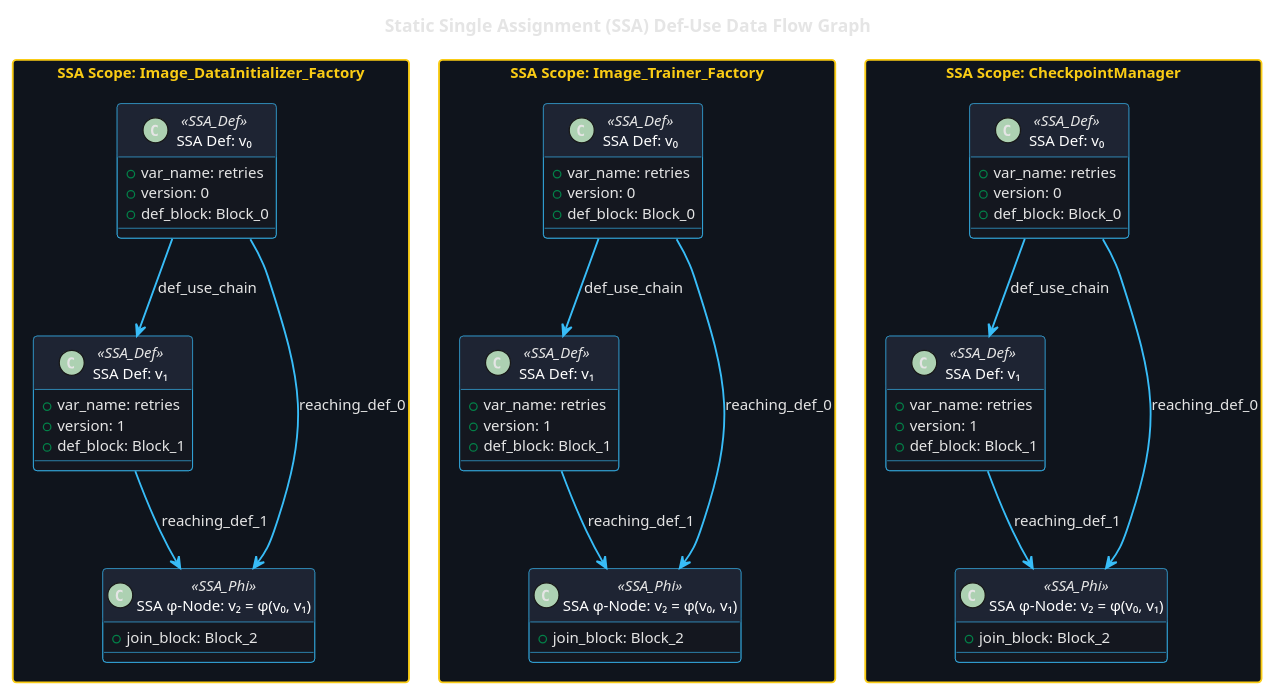
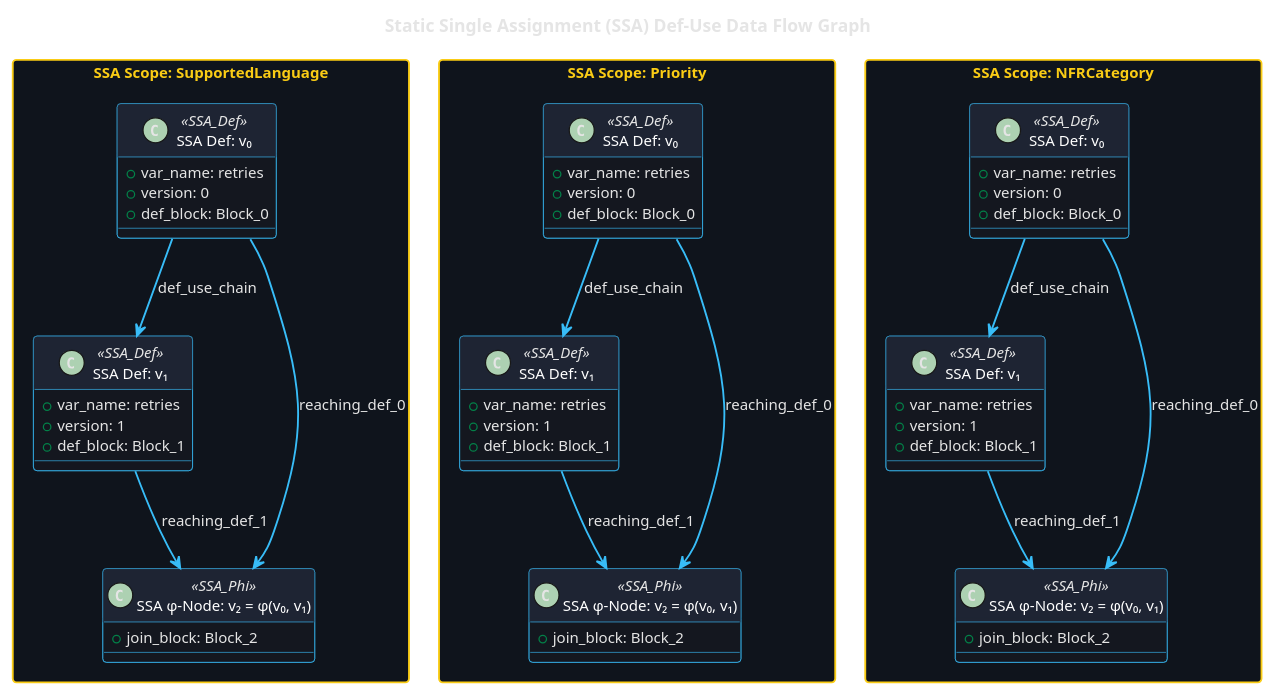
The diagram in web/diagrams/dfg.puml (AhmadHassan-BTed/OpenHeart), drawn with PlantUML before and after one commit. The commit also changed 58 other files, not shown here.

```diff
--- a/web/diagrams/dfg.puml
+++ b/web/diagrams/dfg.puml
@@ -1,108 +1,108 @@
 @startuml
 skinparam backgroundColor transparent
 skinparam monochrome false
 skinparam shadowing false
 skinparam roundcorner 6
 skinparam defaultFontName "Space Grotesk", "Segoe UI", sans-serif
 skinparam defaultFontColor #e5e5e5
 skinparam defaultFontSize 12
 skinparam ArrowColor #38bdf8
 skinparam ArrowThickness 1.5
 skinparam packageStyle rectangle
 skinparam PackageBorderColor #facc15
 skinparam PackageBackgroundColor #0f141c
 skinparam PackageFontColor #facc15
 skinparam ClassBorderColor #38bdf8
 skinparam ClassBackgroundColor #14171f
 skinparam ClassHeaderBackgroundColor #1e2433
 skinparam ClassFontColor #ffffff
 skinparam ObjectBorderColor #38bdf8
 skinparam ObjectBackgroundColor #14171f
 skinparam ObjectFontColor #ffffff
 skinparam ComponentBorderColor #38bdf8
 skinparam ComponentBackgroundColor #14171f
 skinparam ComponentFontColor #ffffff
 skinparam NodeBorderColor #38bdf8
 skinparam NodeBackgroundColor #14171f
 skinparam NodeFontColor #ffffff
 skinparam StateBorderColor #38bdf8
 skinparam StateBackgroundColor #14171f
 skinparam StateFontColor #ffffff
 skinparam ActivityBorderColor #38bdf8
 skinparam ActivityBackgroundColor #14171f
 skinparam ActivityFontColor #ffffff
 skinparam SequenceLifeLineBorderColor #38bdf8
 skinparam SequenceLifeLineBackgroundColor #14171f
 skinparam SequenceGroupBorderColor #facc15
 skinparam SequenceGroupBackgroundColor #0f141c
 skinparam SequenceGroupFontColor #facc15
 skinparam ParticipantBorderColor #38bdf8
 skinparam ParticipantBackgroundColor #14171f
 skinparam ParticipantFontColor #ffffff
 skinparam ActorBorderColor #facc15
 skinparam ActorBackgroundColor #14171f
 skinparam ActorFontColor #ffffff
 skinparam UsecaseBorderColor #38bdf8
 skinparam UsecaseBackgroundColor #14171f
 skinparam UsecaseFontColor #ffffff
 
 title Static Single Assignment (SSA) Def-Use Data Flow Graph
 
-package "SSA Scope: Image_DataInitializer_Factory" {
+package "SSA Scope: SupportedLanguage" {
   class "SSA Def: v₀" as v0_0 <<SSA_Def>> {
     +var_name: retries
     +version: 0
     +def_block: Block_0
   }
   class "SSA Def: v₁" as v1_0 <<SSA_Def>> {
     +var_name: retries
     +version: 1
     +def_block: Block_1
   }
   class "SSA φ-Node: v₂ = φ(v₀, v₁)" as v2_0 <<SSA_Phi>> {
     +join_block: Block_2
   }
   v0_0 --> v1_0 : def_use_chain
   v0_0 --> v2_0 : reaching_def_0
   v1_0 --> v2_0 : reaching_def_1
 }
 
-package "SSA Scope: Image_Trainer_Factory" {
+package "SSA Scope: Priority" {
   class "SSA Def: v₀" as v0_1 <<SSA_Def>> {
     +var_name: retries
     +version: 0
     +def_block: Block_0
   }
   class "SSA Def: v₁" as v1_1 <<SSA_Def>> {
     +var_name: retries
     +version: 1
     +def_block: Block_1
   }
   class "SSA φ-Node: v₂ = φ(v₀, v₁)" as v2_1 <<SSA_Phi>> {
     +join_block: Block_2
   }
   v0_1 --> v1_1 : def_use_chain
   v0_1 --> v2_1 : reaching_def_0
   v1_1 --> v2_1 : reaching_def_1
 }
 
-package "SSA Scope: CheckpointManager" {
+package "SSA Scope: NFRCategory" {
   class "SSA Def: v₀" as v0_2 <<SSA_Def>> {
     +var_name: retries
     +version: 0
     +def_block: Block_0
   }
   class "SSA Def: v₁" as v1_2 <<SSA_Def>> {
     +var_name: retries
     +version: 1
     +def_block: Block_1
   }
   class "SSA φ-Node: v₂ = φ(v₀, v₁)" as v2_2 <<SSA_Phi>> {
     +join_block: Block_2
   }
   v0_2 --> v1_2 : def_use_chain
   v0_2 --> v2_2 : reaching_def_0
   v1_2 --> v2_2 : reaching_def_1
 }
 
 @enduml
```
